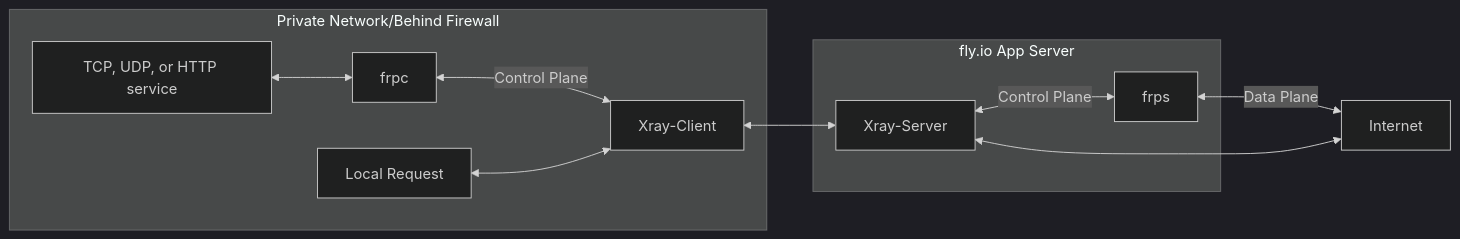
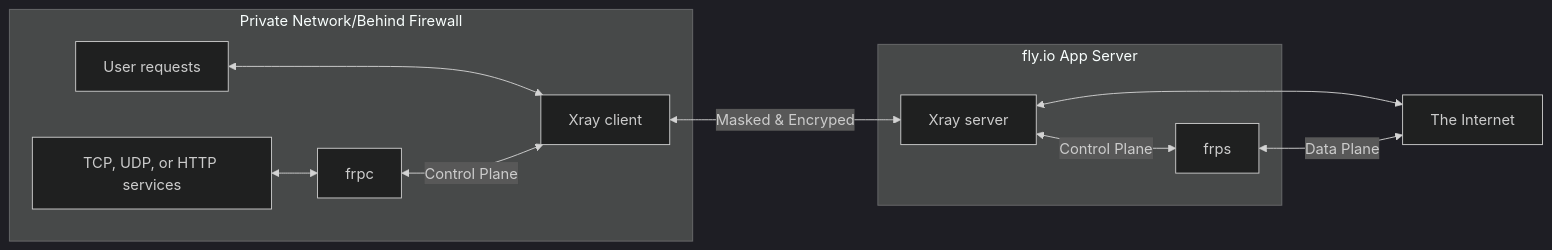
One commit to FarelRA/xray-flyapp changed the third of 3 diagrams in README.md. Above: the diagram before and after it, drawn with Mermaid (dark theme). The commit also changed other lines of this file, not shown here.

Commit message:
Update `Architecture` graph in README.md

````diff
--- a/README.md
+++ b/README.md
@@ -46,23 +54,22 @@
 ```mermaid
-flowchart RL
-  Internet <--> |Data Plane| frps
-  frps <--> |Control Plane| Xray-Server
-  Xray-Client <--> |Control Plane| frpc
-  subgraph flyapp [fly.io App Server]
-    frps
-  end
-  subgraph ServerNoPublicIP [Private Network/Behind Firewall]
-    frpc <--> Service[TCP, UDP, or HTTP service]
-  end
+flowchart LR
+	subgraph ServerBehindFirewall["Private Network/Behind Firewall"]
+		Requests["User requests"]
+		XrayClient["Xray client"]
+		Services["TCP, UDP, or HTTP services"]
+		frpc["frpc"]
+	end
+	subgraph flyapp["fly.io App Server"]
+		XrayServer["Xray server"]
+        frps["frps"]
+	end
+	Internet["The Internet"]
 
-
-  Internet <--> Xray-Server
-  Xray-Server <--> Xray-Client
-  subgraph flyapp [fly.io App Server]
-    Xray-Server
-  end
-  subgraph ServerNoPublicIP [Private Network/Behind Firewall]
-    Xray-Client <--> Request[Local Request]
-  end
-
+    Requests <---> XrayClient
+    Services <--> frpc
+    frpc <--> |Control Plane| XrayClient
+    XrayClient <--> |Masked & Encryped| XrayServer
+    XrayServer <--> Internet
+    XrayServer <--> |Control Plane| frps
+    frps <--> |Data Plane| Internet
 ```
````
